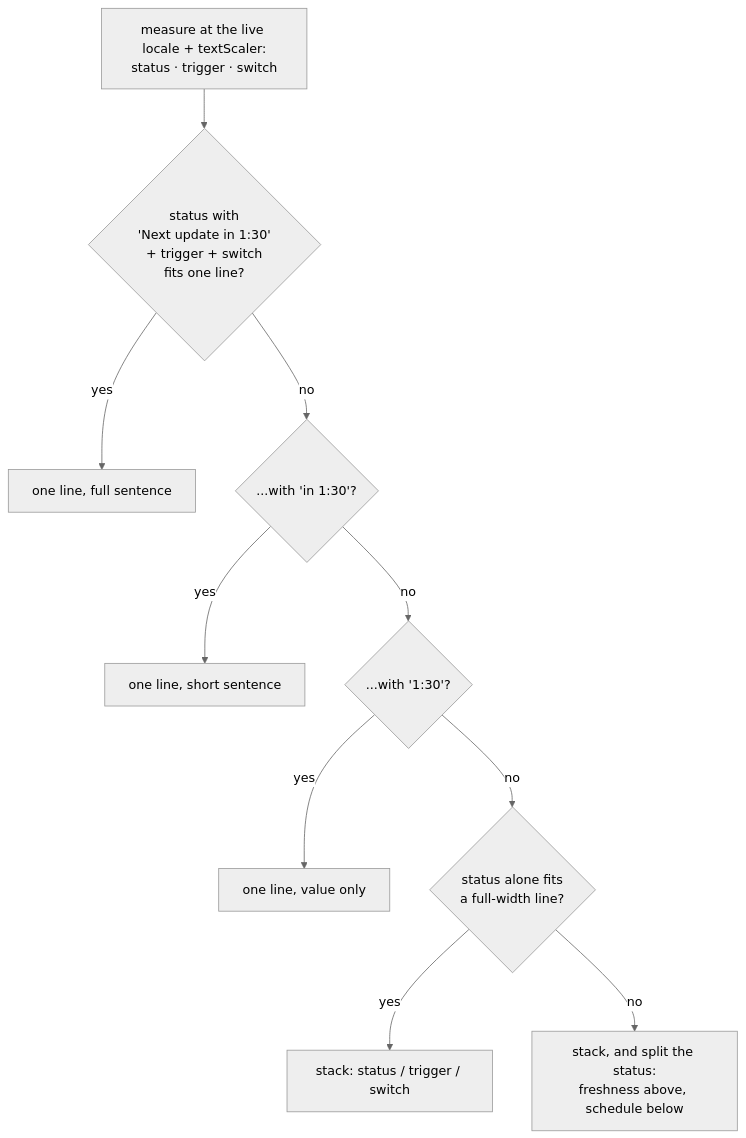
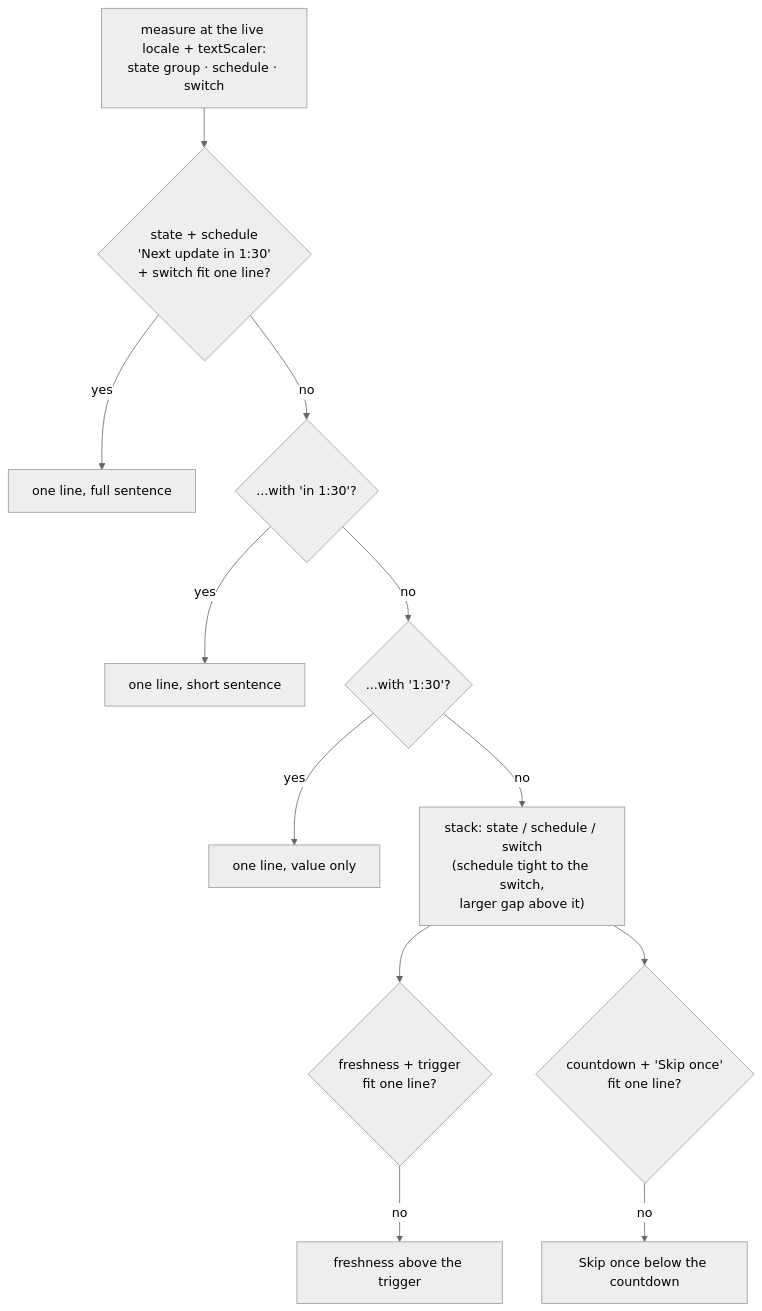
The fifth of 27 diagrams in lib/features/agents/README.md (matthiasn/lotti), drawn with Mermaid (neutral theme) before and after one commit. The commit also changed other lines of this file and 5 other files, not shown here.

First line of the commit message:
fix: spend accent on one action and drop the trigger to the caption tier

````diff
--- a/lib/features/agents/README.md
+++ b/lib/features/agents/README.md
@@ -223,12 +243,14 @@
 ```mermaid
 flowchart TD
-  M["measure at the live locale + textScaler:<br/>status · trigger · switch"] --> T0{"status with<br/>'Next update in 1:30'<br/>+ trigger + switch<br/>fits one line?"}
+  M["measure at the live locale + textScaler:<br/>state group · schedule · switch"] --> T0{"state + schedule<br/>'Next update in 1:30'<br/>+ switch fit one line?"}
   T0 -->|yes| W0["one line, full sentence"]
   T0 -->|no| T1{"...with 'in 1:30'?"}
   T1 -->|yes| W1["one line, short sentence"]
   T1 -->|no| T2{"...with '1:30'?"}
   T2 -->|yes| W2["one line, value only"]
-  T2 -->|no| S{"status alone fits<br/>a full-width line?"}
-  S -->|yes| S1["stack: status / trigger / switch"]
-  S -->|no| S2["stack, and split the status:<br/>freshness above, schedule below"]
+  T2 -->|no| S["stack: state / schedule / switch<br/>(schedule tight to the switch,<br/>larger gap above it)"]
+  S --> S1{"freshness + trigger<br/>fit one line?"}
+  S1 -->|no| S2["freshness above the trigger"]
+  S --> S3{"countdown + 'Skip once'<br/>fit one line?"}
+  S3 -->|no| S4["Skip once below the countdown"]
 ```
````
